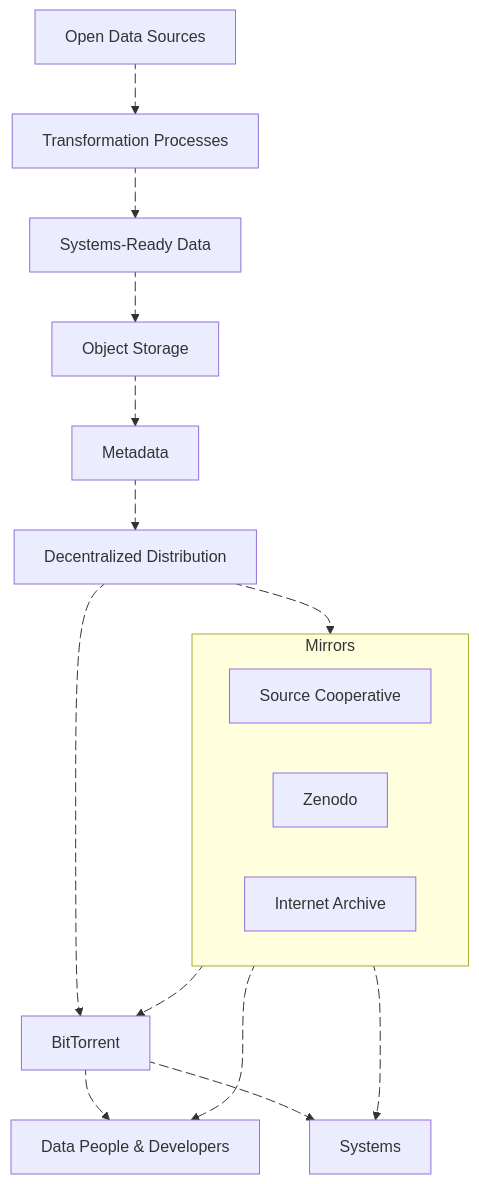
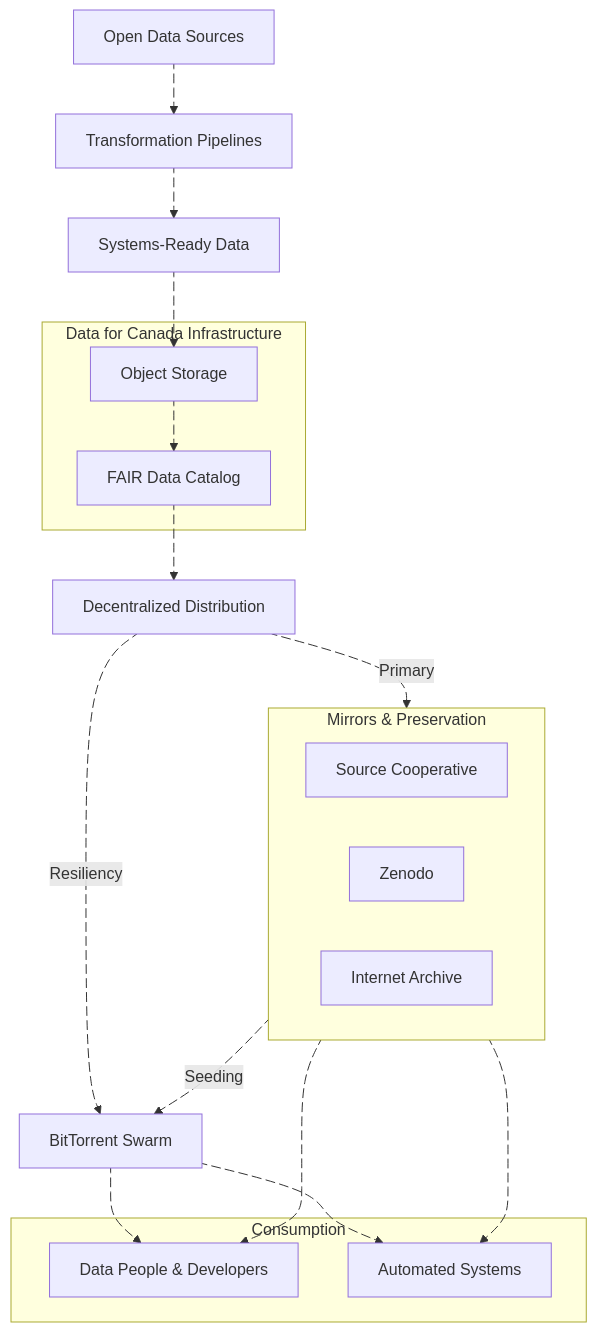
The first of 2 diagrams in content/docs/dissemination/_index.md (dataforcanada/www.dataforcanada.org), drawn with Mermaid before and after one commit. The commit also changed other lines of this file, not shown here.

````diff
--- a/content/docs/dissemination/_index.md
+++ b/content/docs/dissemination/_index.md
@@ -14,52 +14,70 @@
 ```mermaid
 flowchart TD
-    subgraph mirrors [Mirrors]
+    subgraph mirrors [Mirrors & Preservation]
         SourceCoop[Source Cooperative]
         Zenodo[Zenodo]
         InternetArchive[Internet Archive]
     end
 
     Sources[Open Data Sources]
-    Processes[Transformation Processes]
+    Processes[Transformation Pipelines]
     Artifacts[Systems-Ready Data]
-    Portal[Object Storage]
-    Metadata[Metadata]
+    
+    subgraph CoreInfra [Data for Canada Infrastructure]
+        Portal[Object Storage]
+        Metadata[FAIR Data Catalog]
+    end
+    
     Distribution[Decentralized Distribution]
-    Torrent[BitTorrent]
-    Users[Data People & Developers]
-    Systems[Systems]
+    Torrent[BitTorrent Swarm]
+    
+    subgraph Consumers [Consumption]
+        Users[Data People & Developers]
+        Systems[Automated Systems]
+    end
 
+    %% Flow with Animations
     Sources a1@--> Processes
     a1@{animate: true, animation: slow}
+    
     Processes a2@--> Artifacts
     a2@{animate: true, animation: slow}
+    
     Artifacts a3@--> Portal
     a3@{animate: true, animation: slow}
+    
     Portal a4@--> Metadata
     a4@{animate: true, animation: fast}
+    
     Metadata a5@--> Distribution
     a5@{animate: true, animation: fast}
 
-    Distribution a7@--> Torrent
+    %% Distribution Logic
+    Distribution a7@-.->|Primary| mirrors
     a7@{animate: true, animation: slow}
-    Distribution a8@--> mirrors
+    
+    Distribution a8@-.->|Resiliency| Torrent
     a8@{animate: true, animation: slow}
 
-    mirrors a9@--> Torrent
+    %% Mirror Connections
+    mirrors a12@--> Users
+    a12@{animate: true, animation: slow}
+    
+    mirrors a13@--> Systems
+    a13@{animate: true, animation: slow}
+    
+    mirrors a9@-.->|Seeding| Torrent
     a9@{animate: true, animation: fast}
 
-    mirrors a12@ --> Users
-    a12@{animate: true, animation: slow}
-    mirrors a13@ --> Systems
-    a13@{animate: true, animation: slow}
-
+    %% Torrent Connections
     Torrent a10@--> Users
     a10@{animate: true, animation: fast}
+    
     Torrent a11@--> Systems
     a11@{animate: true, animation: fast}
 
-    click Metadata "[https://stac-utils.github.io/stac-geoparquet/latest/spec/stac-geoparquet-spec/](https://stac-utils.github.io/stac-geoparquet/latest/spec/stac-geoparquet-spec/)" _blank
-    click Zenodo "[https://zenodo.org/communities/dataforcanada/](https://zenodo.org/communities/dataforcanada/)" _blank
-    click SourceCoop "[https://source.coop/dataforcanada/](https://source.coop/dataforcanada/)" _blank
-
+    %% Click Actions
+    click Metadata "https://stac-utils.github.io/stac-geoparquet/latest/spec/stac-geoparquet-spec/" _blank
+    click Zenodo "https://zenodo.org/communities/dataforcanada/" _blank
+    click SourceCoop "https://source.coop/dataforcanada/" _blank
 ```
````
